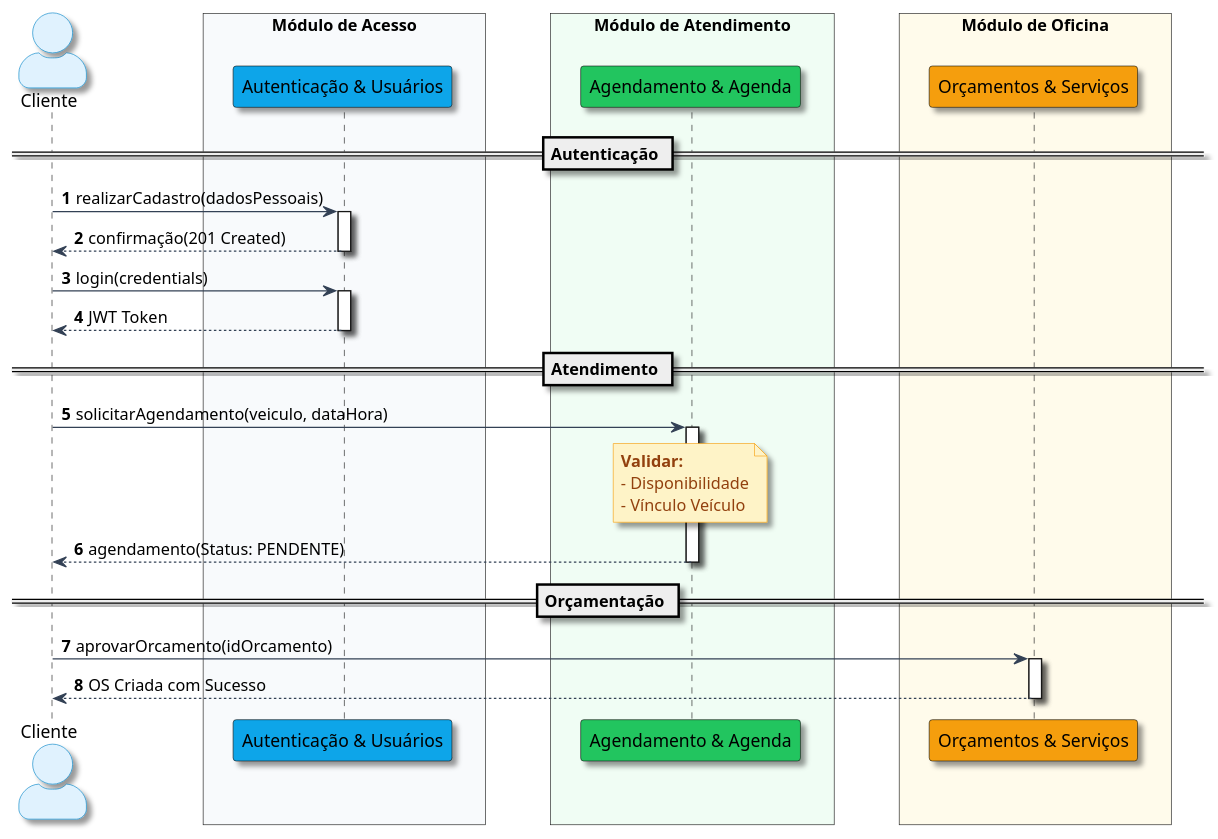
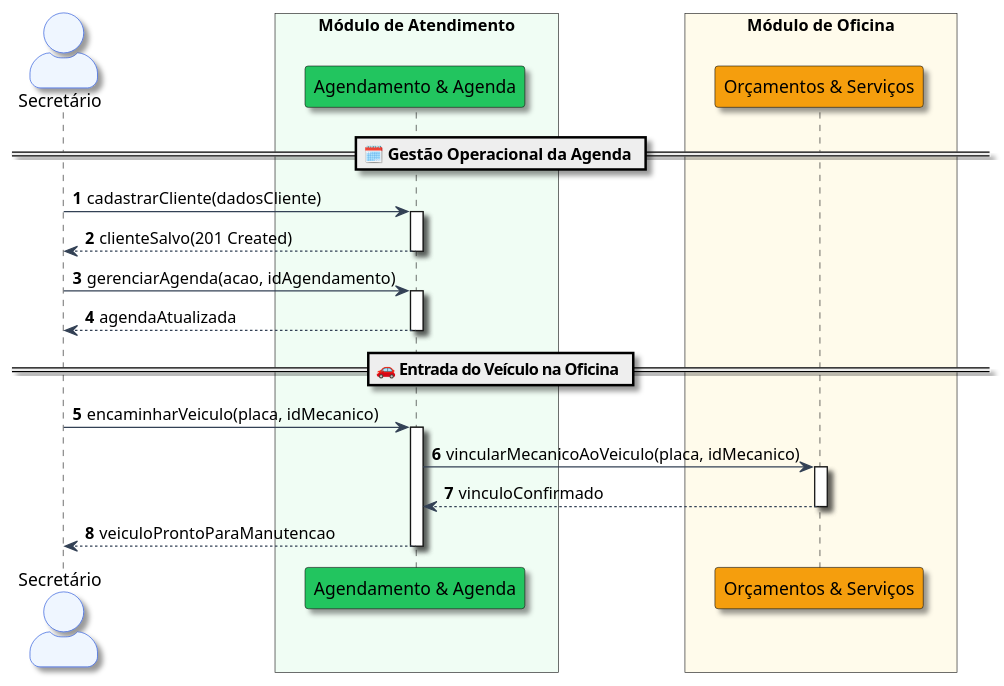
Before and after one commit to Mateus7799/Autofix: the diagram in Diagramas/PlantUML/Sequencia-Secretario.puml, drawn with PlantUML. The commit also changed 13 other files, not shown here.

Commit message:
docs: corrigindo  diagramas

```diff
--- a/Diagramas/PlantUML/Sequencia-Secretario.puml
+++ b/Diagramas/PlantUML/Sequencia-Secretario.puml
@@ -1,59 +1,55 @@
-@startuml "Diagrama de Sequência - Cliente (Visual Pro)"
+@startuml "Diagrama de Sequência - Secretário"
 autonumber
 
 skinparam actorStyle awesome
 skinparam monochrome false
 skinparam shadowing true
 skinparam defaultFontName "Segoe UI"
 skinparam BoxPadding 25
 skinparam ParticipantPadding 20
 
 skinparam actor {
-    BackgroundColor #E0F2FE
-    BorderColor #0284C7
+    BackgroundColor #EFF6FF
+    BorderColor #1D4ED8
 }
 skinparam ArrowColor #334155
 skinparam Note {
     BackgroundColor #FEF3C7
     BorderColor #F59E0B
     FontColor #92400E
 }
 
-actor "Cliente" as cli
-
-box "Módulo de Acesso" #F8FAFC
-    participant "Autenticação & Usuários" as mod_auth #0EA5E9
-end box
+actor "Secretário" as sec
 
 box "Módulo de Atendimento" #F0FDF4
     participant "Agendamento & Agenda" as mod_agenda #22C55E
 end box
 
 box "Módulo de Oficina" #FFFBEB
     participant "Orçamentos & Serviços" as mod_os #F59E0B
 end box
 
-== Autenticação ==
-cli -> mod_auth : realizarCadastro(dadosPessoais)
-activate mod_auth
-mod_auth --> cli : confirmação(201 Created)
-deactivate mod_auth
-
-cli -> mod_auth : login(credentials)
-activate mod_auth
-mod_auth --> cli : JWT Token
-deactivate mod_auth
-
-== Atendimento ==
-cli -> mod_agenda : solicitarAgendamento(veiculo, dataHora)
+== 🗓️ Gestão Operacional da Agenda ==
+sec -> mod_agenda : cadastrarCliente(dadosCliente)
 activate mod_agenda
-note over mod_agenda: **Validar:**\n- Disponibilidade\n- Vínculo Veículo
-mod_agenda --> cli : agendamento(Status: PENDENTE)
+mod_agenda --> sec : clienteSalvo(201 Created)
 deactivate mod_agenda
 
-== Orçamentação ==
-cli -> mod_os : aprovarOrcamento(idOrcamento)
+sec -> mod_agenda : gerenciarAgenda(acao, idAgendamento)
+activate mod_agenda
+mod_agenda --> sec : agendaAtualizada
+deactivate mod_agenda
+
+== 🚗 Entrada do Veículo na Oficina ==
+sec -> mod_agenda : encaminharVeiculo(placa, idMecanico)
+activate mod_agenda
+
+mod_agenda -> mod_os : vincularMecanicoAoVeiculo(placa, idMecanico)
 activate mod_os
-mod_os --> cli : OS Criada com Sucesso
+mod_os --> mod_agenda : vinculoConfirmado
 deactivate mod_os
+
+mod_agenda --> sec : veiculoProntoParaManutencao
+deactivate mod_agenda
+
 @enduml
```
